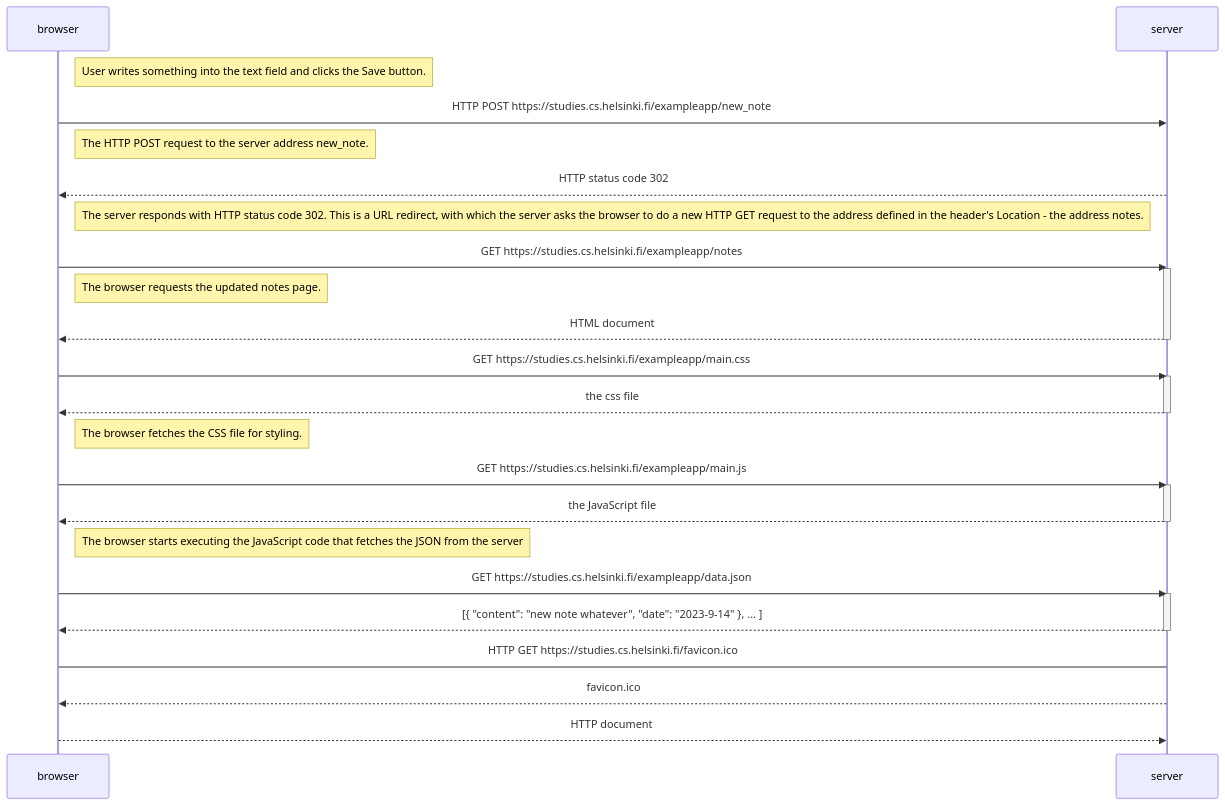
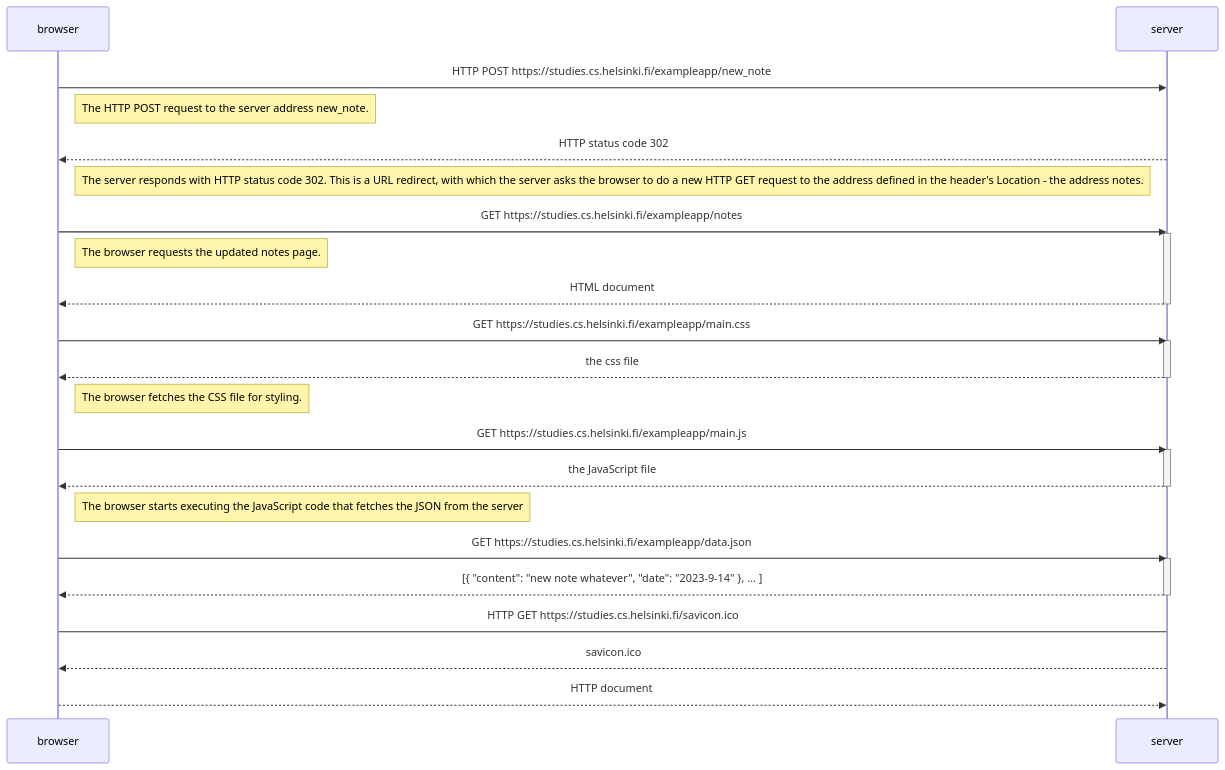
The diagram in Part0/0.4.md (ana-sv/FullStackCourse), drawn with Mermaid before and after one commit. The commit also changed 1 other file, not shown here.

Commit message:
last corrections

````diff
--- a/Part0/0.4.md
+++ b/Part0/0.4.md
@@ -5,42 +5,40 @@
 ```mermaid
 sequenceDiagram
     participant browser
     participant server
-
-        Note right of browser: User writes something into the text field and clicks the Save button.
        
         browser->>server: HTTP POST https://studies.cs.helsinki.fi/exampleapp/new_note
         Note right of browser: The HTTP POST request to the server address new_note.
         
         server-->>browser: HTTP status code 302
         Note right of browser :  The server responds with HTTP status code 302. This is a URL redirect, with which the server asks the browser to do a new HTTP GET request to the address defined in the header's Location - the address notes.
 
         browser->>server: GET https://studies.cs.helsinki.fi/exampleapp/notes
         activate server
         Note right of browser: The browser requests the updated notes page.
         server-->>browser: HTML document
         deactivate server
      
         browser->>server: GET https://studies.cs.helsinki.fi/exampleapp/main.css
         activate server
         server-->>browser: the css file
         deactivate server
         Note right of browser: The browser fetches the CSS file for styling.
 
         browser->>server: GET https://studies.cs.helsinki.fi/exampleapp/main.js
         activate server
         server-->>browser: the JavaScript file
         deactivate server
 
         Note right of browser: The browser starts executing the JavaScript code that fetches the JSON from the server
 
         browser->>server: GET https://studies.cs.helsinki.fi/exampleapp/data.json
         activate server
         server-->>browser: [{ "content": "new note whatever", "date": "2023-9-14" }, ... ]
         deactivate server
 
-        browser->server: HTTP GET https://studies.cs.helsinki.fi/favicon.ico
-        server-->>browser: favicon.ico
+        browser->server: HTTP GET https://studies.cs.helsinki.fi/savicon.ico
+        server-->>browser: savicon.ico
 
         browser-->>server: HTTP document
 ```
````
